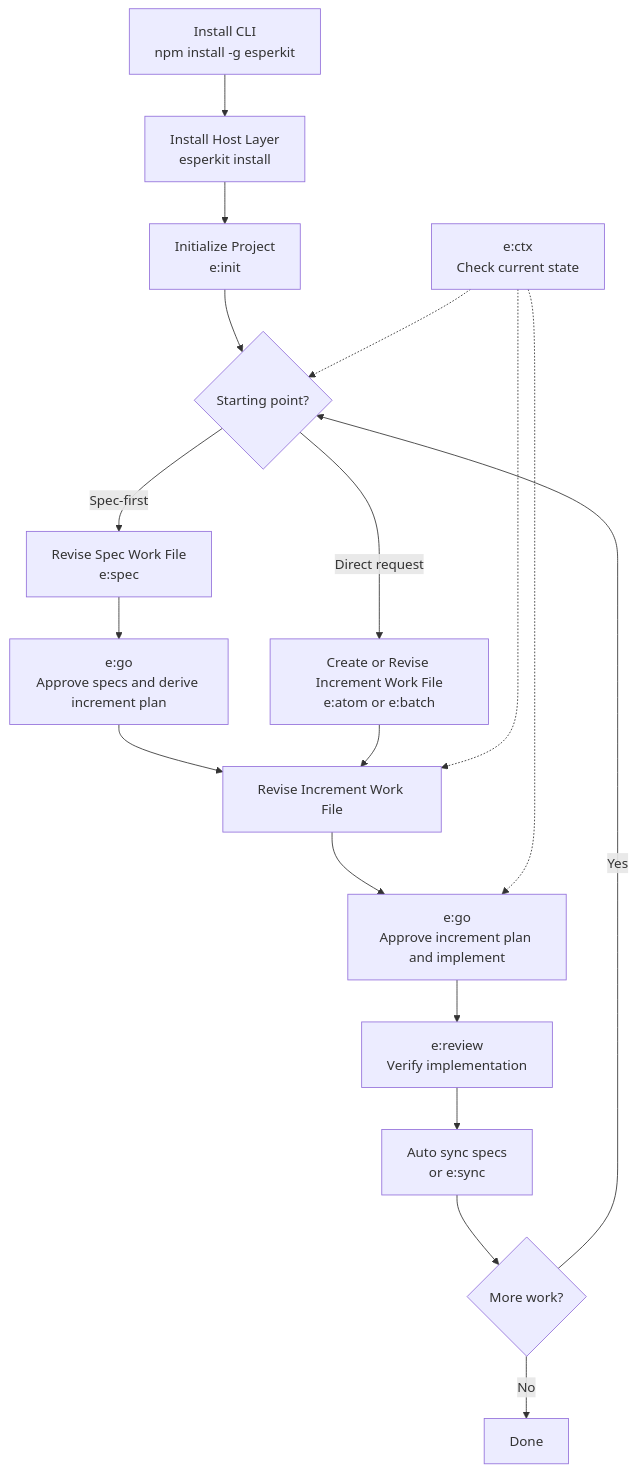
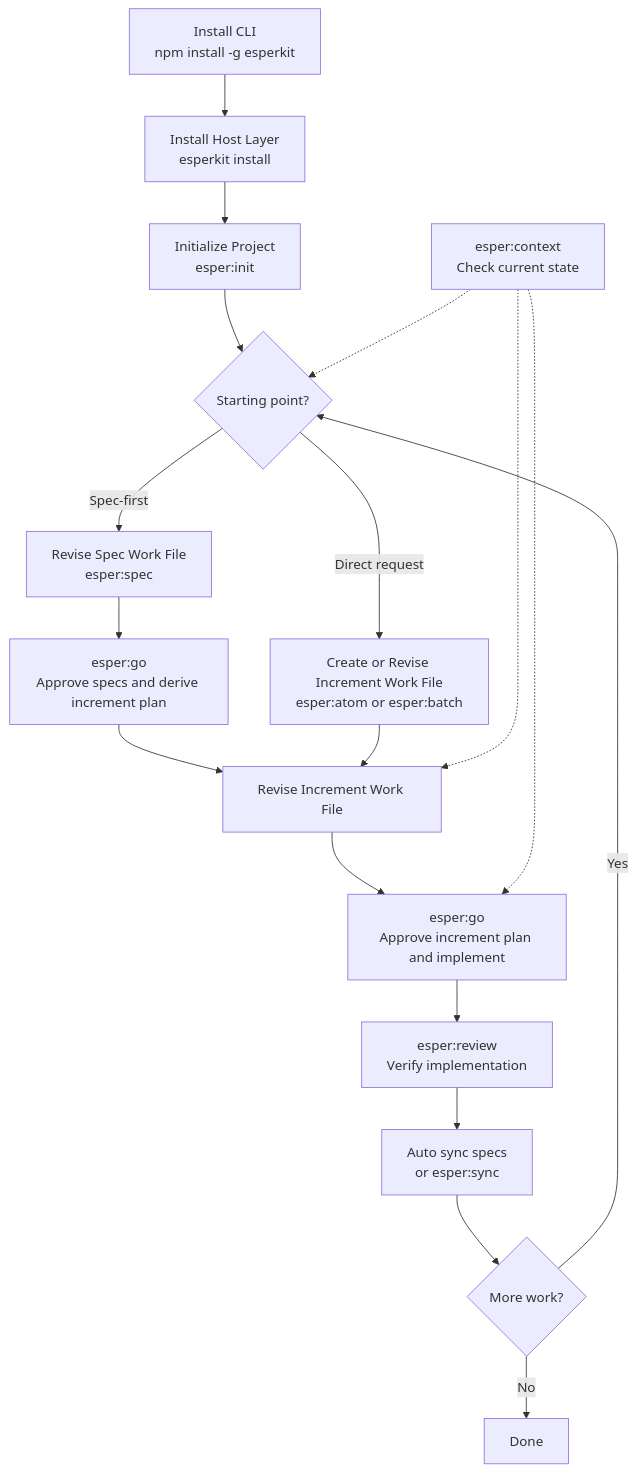
One commit to sichengchen/esper changed the diagram in specs/esperkit-spec.md. Above: the diagram before and after it, drawn with Mermaid. The commit also changed other lines of this file and 11 other files, not shown here.

````diff
--- a/specs/esperkit-spec.md
+++ b/specs/esperkit-spec.md
@@ -387,24 +378,24 @@
 ```mermaid
 flowchart TD
     A[Install CLI<br/>npm install -g esperkit] --> B[Install Host Layer<br/>esperkit install]
-    B --> C[Initialize Project<br/>e:init]
+    B --> C[Initialize Project<br/>esper:init]
     C --> D{Starting point?}
 
-    D -->|Spec-first| E[Revise Spec Work File<br/>e:spec]
-    E --> F[e:go<br/>Approve specs and derive increment plan]
+    D -->|Spec-first| E[Revise Spec Work File<br/>esper:spec]
+    E --> F[esper:go<br/>Approve specs and derive increment plan]
     F --> G[Revise Increment Work File]
 
-    D -->|Direct request| H[Create or Revise Increment Work File<br/>e:atom or e:batch]
+    D -->|Direct request| H[Create or Revise Increment Work File<br/>esper:atom or esper:batch]
     H --> G
 
-    G --> I[e:go<br/>Approve increment plan and implement]
-    I --> J[e:review<br/>Verify implementation]
-    J --> K[Auto sync specs<br/>or e:sync]
+    G --> I[esper:go<br/>Approve increment plan and implement]
+    I --> J[esper:review<br/>Verify implementation]
+    J --> K[Auto sync specs<br/>or esper:sync]
     K --> L{More work?}
     L -->|Yes| D
     L -->|No| M[Done]
 
-    N[e:ctx<br/>Check current state] -.-> D
+    N[esper:context<br/>Check current state] -.-> D
     N -.-> G
     N -.-> I
 ```
````
